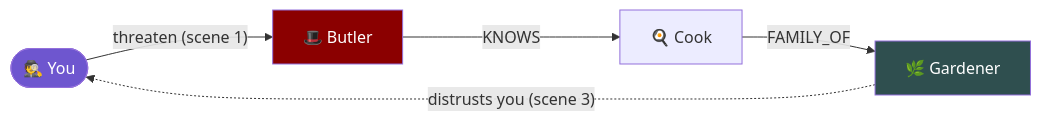
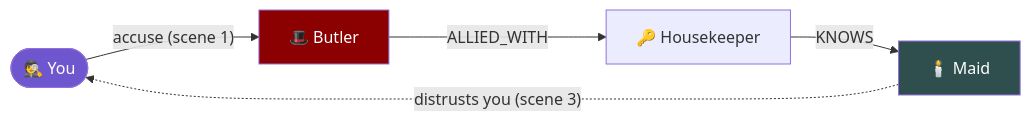
The first of 2 diagrams in README.md (bishalbera/the-memory-palace), drawn with Mermaid before and after one commit. The commit also changed other lines of this file, not shown here.

````diff
--- a/README.md
+++ b/README.md
@@ -48,11 +47,11 @@
 ```mermaid
 graph LR
-    P([🕵️ You]) -- "threaten (scene 1)" --> B[🎩 Butler]
-    B -- KNOWS --> C[🍳 Cook]
-    C -- FAMILY_OF --> G[🌿 Gardener]
-    G -. "distrusts you (scene 3)" .-> P
+    P([🕵️ You]) -- "accuse (scene 1)" --> B[🎩 Butler]
+    B -- ALLIED_WITH --> H[🔑 Housekeeper]
+    H -- KNOWS --> M[🕯️ Maid]
+    M -. "distrusts you (scene 3)" .-> P
 
     style P fill:#6E56CF,color:#fff
     style B fill:#8B0000,color:#fff
-    style G fill:#2F4F4F,color:#fff
+    style M fill:#2F4F4F,color:#fff
 ```
````
